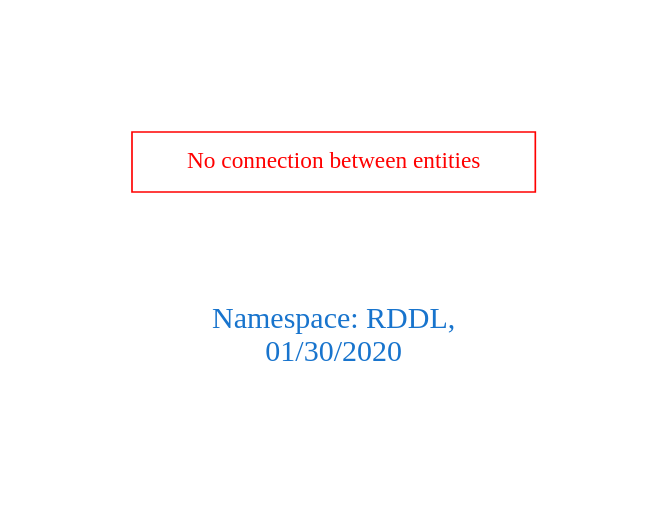
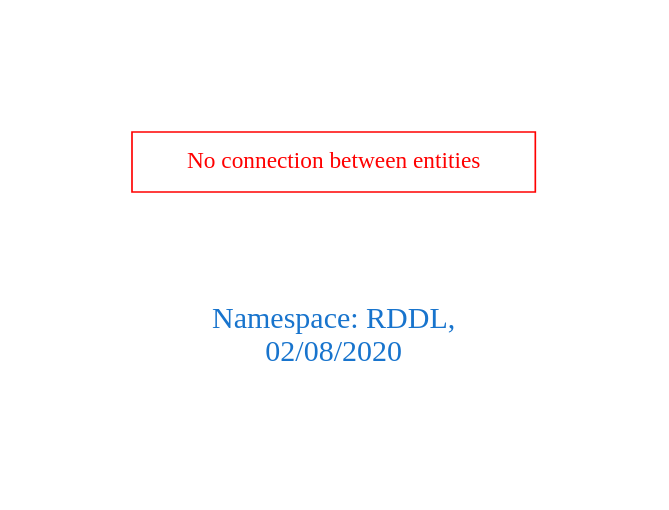
The diagram in downloads/RDDL.dot (arago/OGIT), drawn with Graphviz before and after one commit. The commit also changed 1725 other files, not shown here.

```diff
--- a/downloads/RDDL.dot
+++ b/downloads/RDDL.dot
@@ -1,9 +1,9 @@
 digraph OGIT_ontology {
  graph [ rankdir= LR,pad=1 
 fontsize = 18,
-fontcolor= dodgerblue3,label = "\n\n\nNamespace: RDDL, \n 01/30/2020"];
+fontcolor= dodgerblue3,label = "\n\n\nNamespace: RDDL, \n 02/08/2020"];
 node[shape=polygon];
 edge [  color="gray81"];
 
 "No connection between entities" [fontcolor = "red",color="red", shape="polygon"]
 }
```
